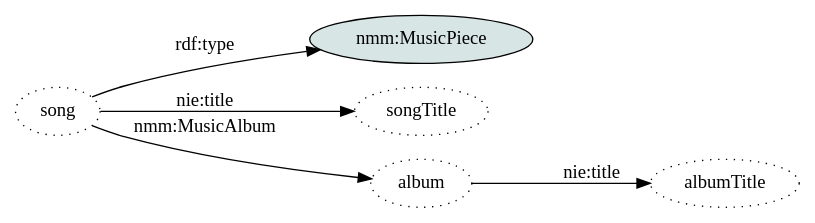
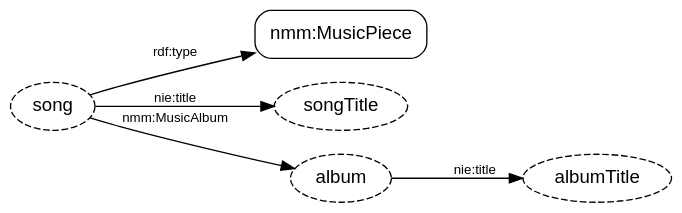
Before and after one commit to GNOME/tinysparql: the diagram in docs/reference/libtracker-sparql/images/triple-graph-3.dot, drawn with Graphviz. The commit also changed 10 other files, not shown here.

```diff
--- a/docs/reference/libtracker-sparql/images/triple-graph-3.dot
+++ b/docs/reference/libtracker-sparql/images/triple-graph-3.dot
@@ -1,13 +1,14 @@
 digraph G {
   rankdir=LR;
-  graph [bgcolor="#00000000"];
-  node [fontname="Cantarell", style="filled", shape="ellipse", color="#000000", fillcolor="#d8e5e5"]; "nmm:MusicPiece";
-  node [style="filled,dotted", color="#000000", fillcolor="#ffffff"]; song, songTitle, album, albumTitle;
-  edge [fontname="Cantarell"];
+  bgcolor=transparent;
+
+  node [shape="box", style="rounded", border=0, fontname="sans-serif"]; "nmm:MusicPiece";
+  node [shape="ellipse", style="dashed", border=1, fillcolor="#000000"]; song, songTitle, album, albumTitle;
+  edge [fontname="sans-serif", fontsize=10];
 
   song -> "nmm:MusicPiece" [label="rdf:type"];
   song -> songTitle [label="nie:title"];
   song -> album [label="nmm:MusicAlbum"];
 
   album -> albumTitle [label="nie:title"];
 }
```
